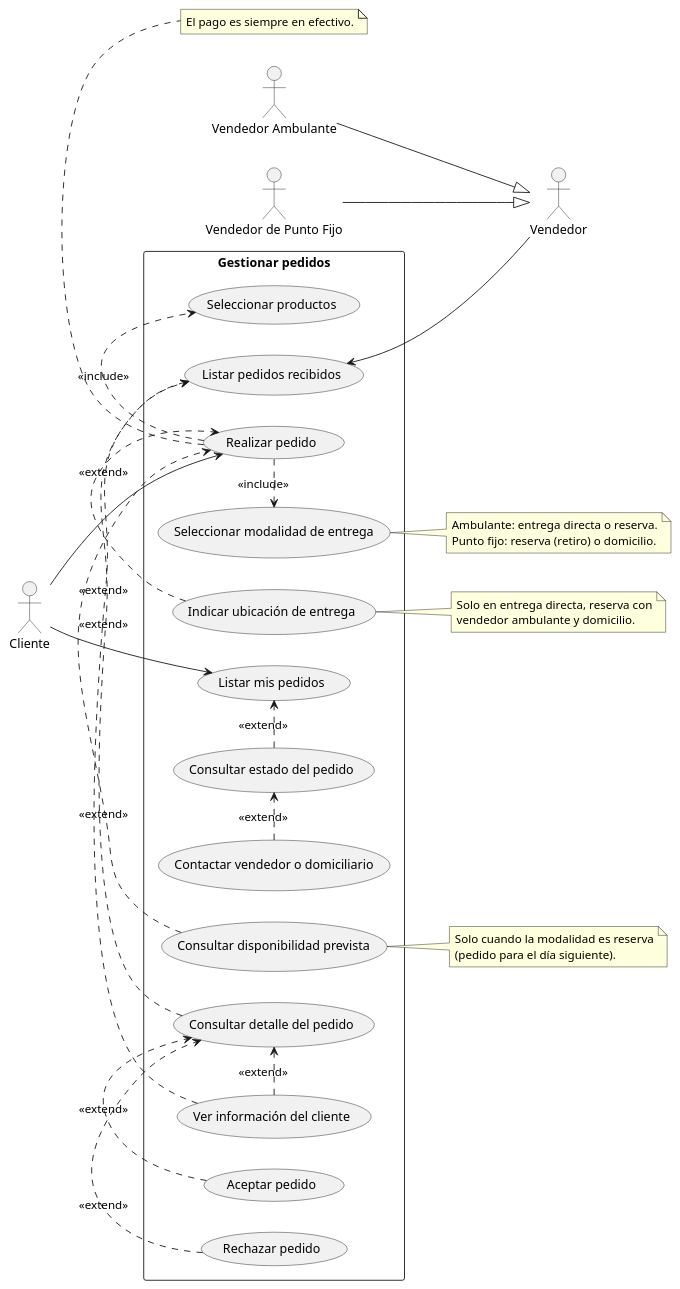
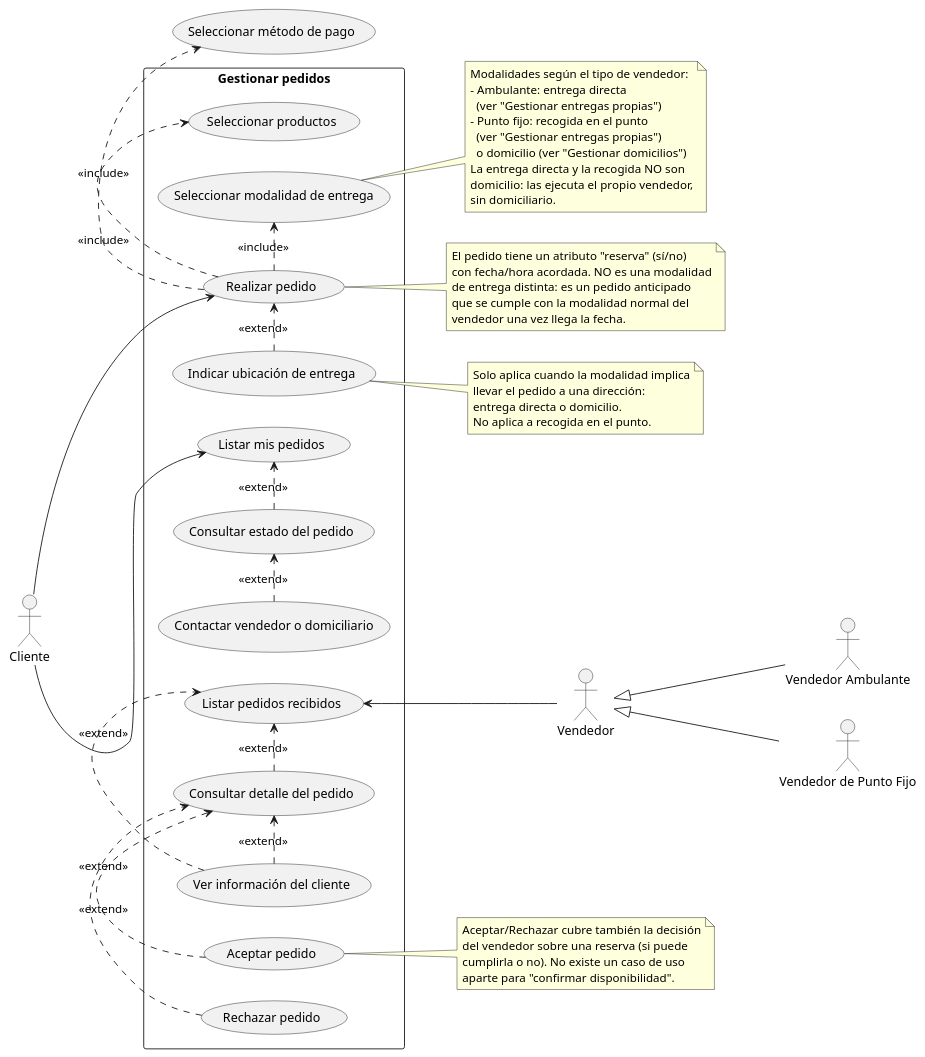
The diagram in casos de uso/gestionar_pedidos.puml (RAAR-18/napa), drawn with PlantUML before and after one commit. The commit also changed 7 other files, not shown here.

Commit message:
fix(casos-de-uso): corregir relaciones invertidas y separar entregas por tipo de vendedor.

```diff
--- a/casos de uso/gestionar_pedidos.puml
+++ b/casos de uso/gestionar_pedidos.puml
@@ -1,67 +1,83 @@
 @startuml
 
 left to right direction
 
 actor "Cliente" as c
 actor "Vendedor" as v
 actor "Vendedor Ambulante" as va
 actor "Vendedor de Punto Fijo" as vpf
 
-va --|> v
-vpf --|> v
+v <|-- va
+v <|-- vpf
 
 rectangle "Gestionar pedidos" {
     usecase "Realizar pedido" as UC1
     usecase "Seleccionar productos" as UC2
     usecase "Seleccionar modalidad de entrega" as UC3
     usecase "Indicar ubicación de entrega" as UC4
-    usecase "Consultar disponibilidad prevista" as UC5
     usecase "Listar mis pedidos" as UC6
     usecase "Consultar estado del pedido" as UC7
     usecase "Contactar vendedor o domiciliario" as UC8
     usecase "Listar pedidos recibidos" as UC9
     usecase "Consultar detalle del pedido" as UC10
     usecase "Ver información del cliente" as UC11
     usecase "Aceptar pedido" as UC12
     usecase "Rechazar pedido" as UC13
 }
 
+usecase "Seleccionar método de pago" as UC14
+
 c --> UC1
 c --> UC6
 
 UC9 <-- v
 
 UC1 .> UC2 : <<include>>
 UC1 .> UC3 : <<include>>
+UC1 .> UC14 : <<include>>
 UC4 .> UC1 : <<extend>>
-UC5 .> UC1 : <<extend>>
 
 UC7 .> UC6 : <<extend>>
 UC8 .> UC7 : <<extend>>
 
 UC10 .> UC9 : <<extend>>
 UC11 .> UC9 : <<extend>>
 UC11 .> UC10 : <<extend>>
 UC12 .> UC10 : <<extend>>
 UC13 .> UC10 : <<extend>>
 
+note right of UC1
+  El pedido tiene un atributo "reserva" (sí/no)
+  con fecha/hora acordada. NO es una modalidad
+  de entrega distinta: es un pedido anticipado
+  que se cumple con la modalidad normal del
+  vendedor una vez llega la fecha.
+end note
+
+note right of UC12
+  Aceptar/Rechazar cubre también la decisión
+  del vendedor sobre una reserva (si puede
+  cumplirla o no). No existe un caso de uso
+  aparte para "confirmar disponibilidad".
+end note
+
 note right of UC3
-  Ambulante: entrega directa o reserva.
-  Punto fijo: reserva (retiro) o domicilio.
+  Modalidades según el tipo de vendedor:
+  - Ambulante: entrega directa
+    (ver "Gestionar entregas propias")
+  - Punto fijo: recogida en el punto
+    (ver "Gestionar entregas propias")
+    o domicilio (ver "Gestionar domicilios")
+  La entrega directa y la recogida NO son
+  domicilio: las ejecuta el propio vendedor,
+  sin domiciliario.
 end note
 
 note right of UC4
-  Solo en entrega directa, reserva con
-  vendedor ambulante y domicilio.
-end note
-
-note right of UC5
-  Solo cuando la modalidad es reserva
-  (pedido para el día siguiente).
-end note
-
-note bottom of UC1
-  El pago es siempre en efectivo.
+  Solo aplica cuando la modalidad implica
+  llevar el pedido a una dirección:
+  entrega directa o domicilio.
+  No aplica a recogida en el punto.
 end note
 
 @enduml
```
